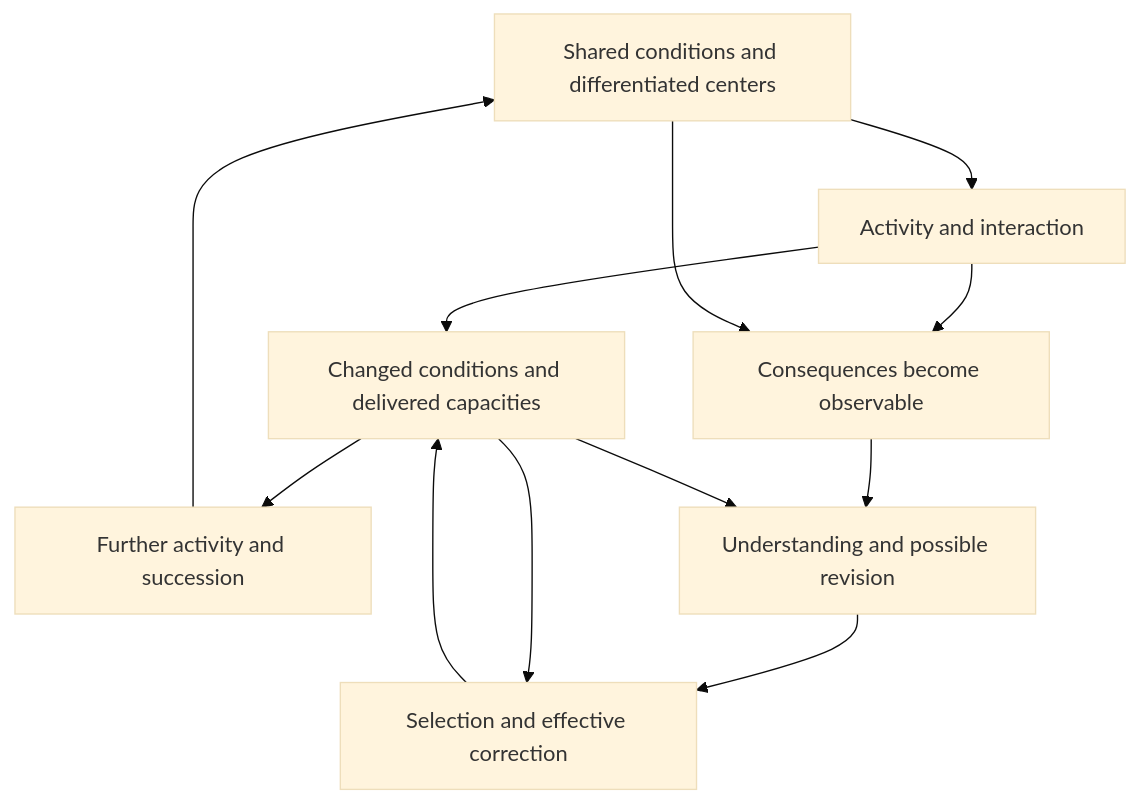
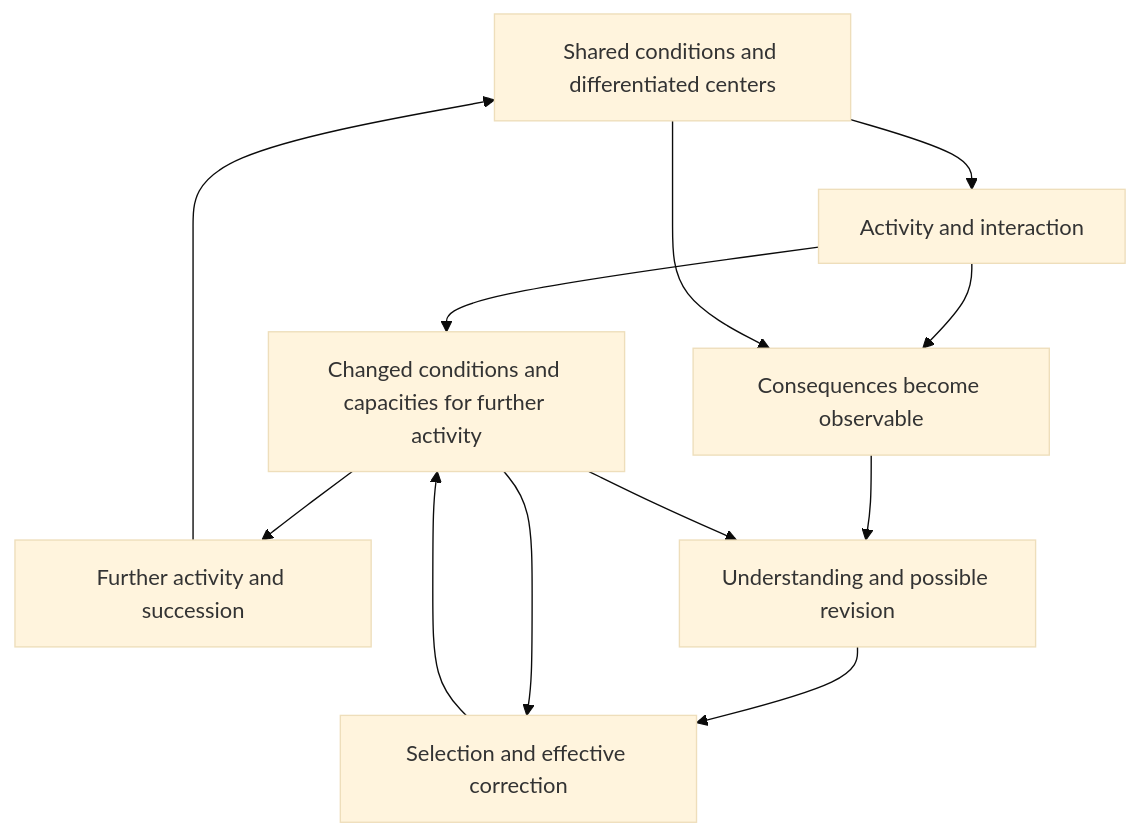
The diagram in theories/shengsheng-buxi-generative-existence/unified-2026-10-05/START-HERE.md (gee842/theories), drawn with Mermaid (base theme) before and after one commit. The commit also changed other lines of this file and 4572 other files, not shown here.

````diff
--- a/theories/shengsheng-buxi-generative-existence/unified-2026-10-05/START-HERE.md
+++ b/theories/shengsheng-buxi-generative-existence/unified-2026-10-05/START-HERE.md
@@ -21,14 +25,14 @@
 ```mermaid
 flowchart TD
   A[Shared conditions and differentiated centers] --> B[Activity and interaction]
-  B --> C[Changed conditions and delivered capacities]
+  B --> C[Changed conditions and capacities for further activity]
   C --> D[Further activity and succession]
   D --> A
   B --> E[Consequences become observable]
   E --> F[Understanding and possible revision]
   F --> G[Selection and effective correction]
   G --> C
   A --> E
   C --> F
   C --> G
 ```
````
